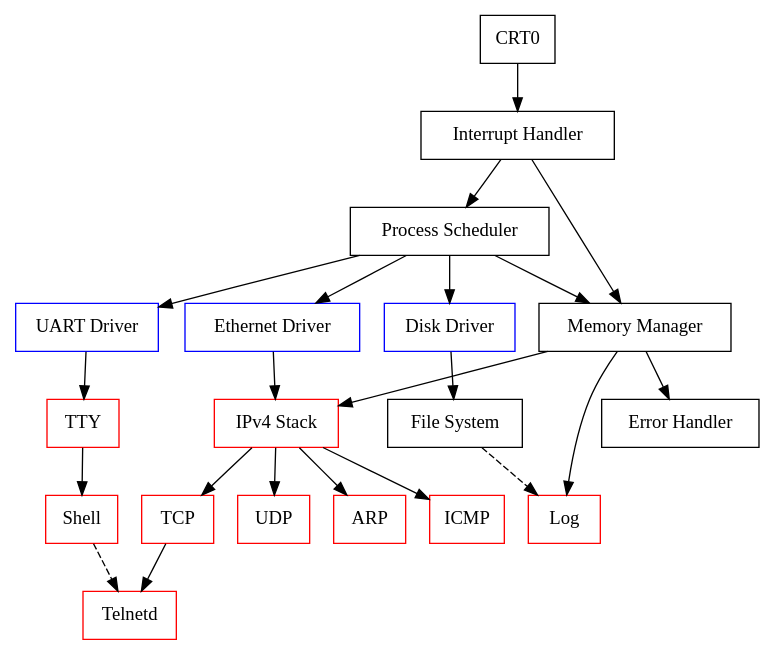
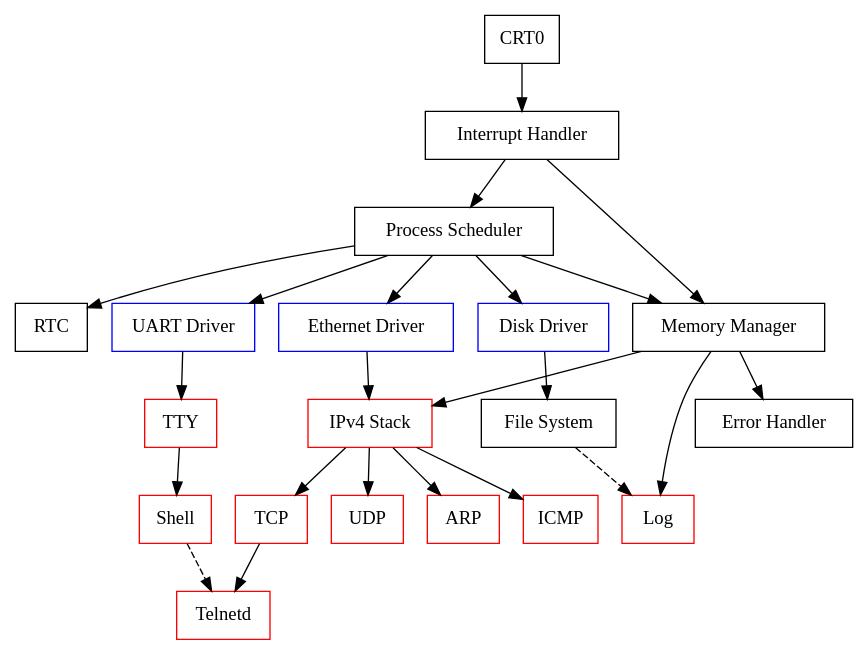
Before and after one commit to Zilla/ppcOS: the diagram in doc/os.dot, drawn with Graphviz. The commit also changed 4 other files, not shown here.

```diff
--- a/doc/os.dot
+++ b/doc/os.dot
@@ -1,40 +1,41 @@
 // Main graph
 digraph OS
 {
 // Global settings
 node[shape=box]
 
 // Nodes
 crt0[label="CRT0"]
 inth[label="Interrupt Handler"]
 procsh[label="Process Scheduler"]
 diskd[label="Disk Driver",color=blue]
 uartd[label="UART Driver",color=blue]
 ethd[label="Ethernet Driver",color=blue]
 mm[label="Memory Manager"]
 fs[label="File System"]
 tty[label="TTY",color=red]
 shell[label="Shell",color=red]
 ip[label="IPv4 Stack",color=red]
 //ipv6[label="IPv6 Stack"]
 tcp[label="TCP",color=red]
 udp[label="UDP",color=red]
 arp[label="ARP",color=red]
 icmp[label="ICMP",color=red]
 telnetd[label="Telnetd",color=red]
 errorh[label="Error Handler"]
 log[label="Log",color=red]
+rtc[label="RTC"]
 
 // Relations
 crt0->inth->procsh
-procsh->{diskd uartd ethd mm}
+procsh->{diskd uartd ethd mm rtc}
 inth->mm
 diskd->fs
 uartd->tty->shell
 {mm ethd}->ip
 ip->{tcp udp arp icmp}
 tcp->telnetd
 shell->telnetd [style=dashed]
 mm->{errorh log}
 fs->log [style=dashed]
 }
```
